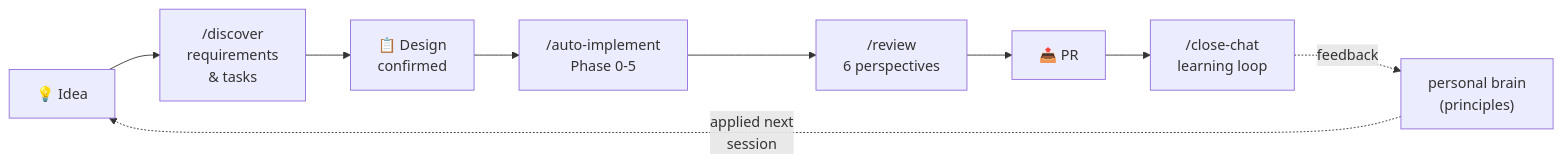
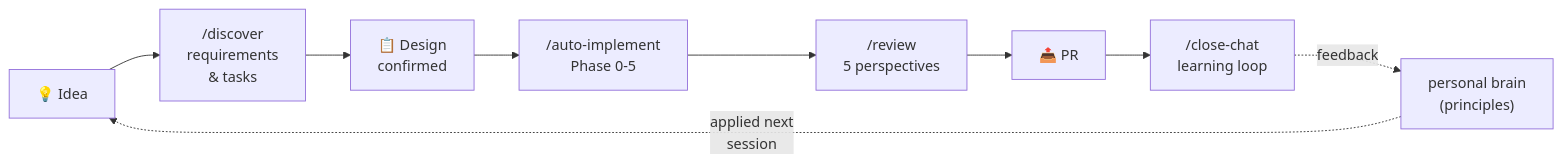
The fourth of 5 diagrams in README.md (SideMountain/claude-code-sidekick), drawn with Mermaid before and after one commit. The commit also changed other lines of this file and 11 other files, not shown here.

````diff
--- a/README.md
+++ b/README.md
@@ -292,11 +298,11 @@
 ```mermaid
 flowchart LR
     Idea["💡 Idea"] --> D["/discover<br/>requirements<br/>& tasks"]
     D --> Design["📋 Design<br/>confirmed"]
     Design --> AI["/auto-implement<br/>Phase 0-5"]
-    AI --> R["/review<br/>6 perspectives"]
+    AI --> R["/review<br/>5 perspectives"]
     R --> PR["📤 PR"]
     PR --> CC["/close-chat<br/>learning loop"]
     CC -.->|"feedback"| TH["personal brain<br/>(principles)"]
     TH -.->|"applied next<br/>session"| Idea
 ```
````
